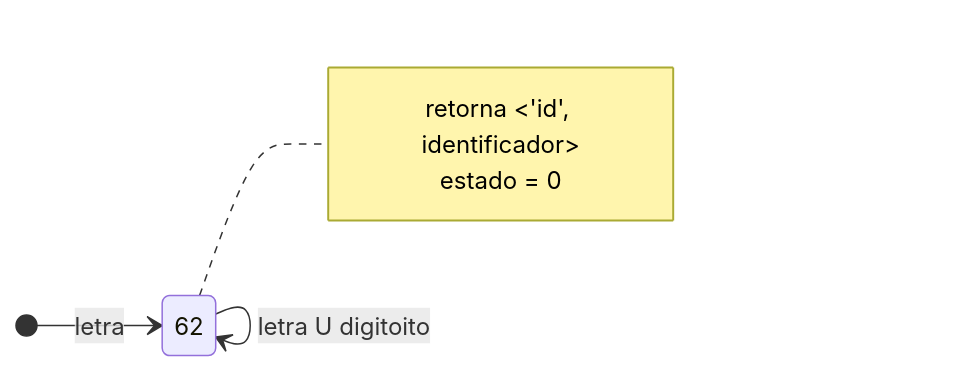
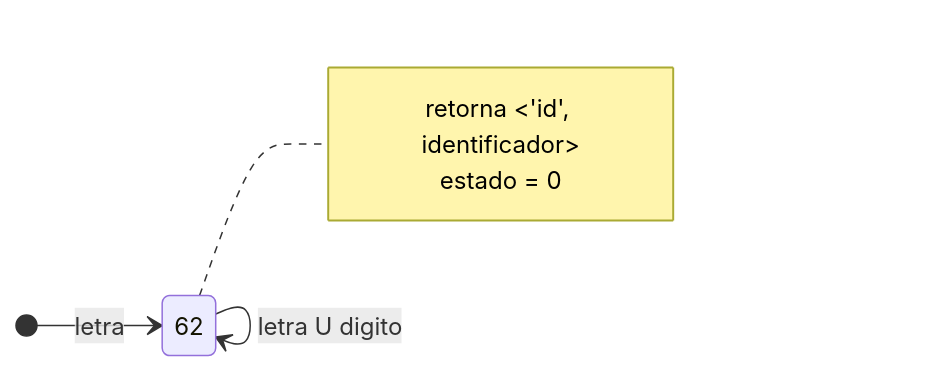
One commit to lucas-lobato/UERJ changed the fifth of 5 diagrams in teoria da computacao/Trabalho/README.md. Above: the diagram before and after it, drawn with Mermaid. The commit also changed other lines of this file, not shown here.

Commit message:
refact: ajuste na palavra digito

````diff
--- a/teoria da computacao/Trabalho/README.md
+++ b/teoria da computacao/Trabalho/README.md
@@ -219,11 +219,11 @@
 ```mermaid
 stateDiagram-v2
 direction LR
 
 [*] --> 62: letra
-62 --> 62: letra U digitoito
+62 --> 62: letra U digito
 note right of 62
     retorna <'id', identificador>
     estado = 0
 end note
 ```
````
